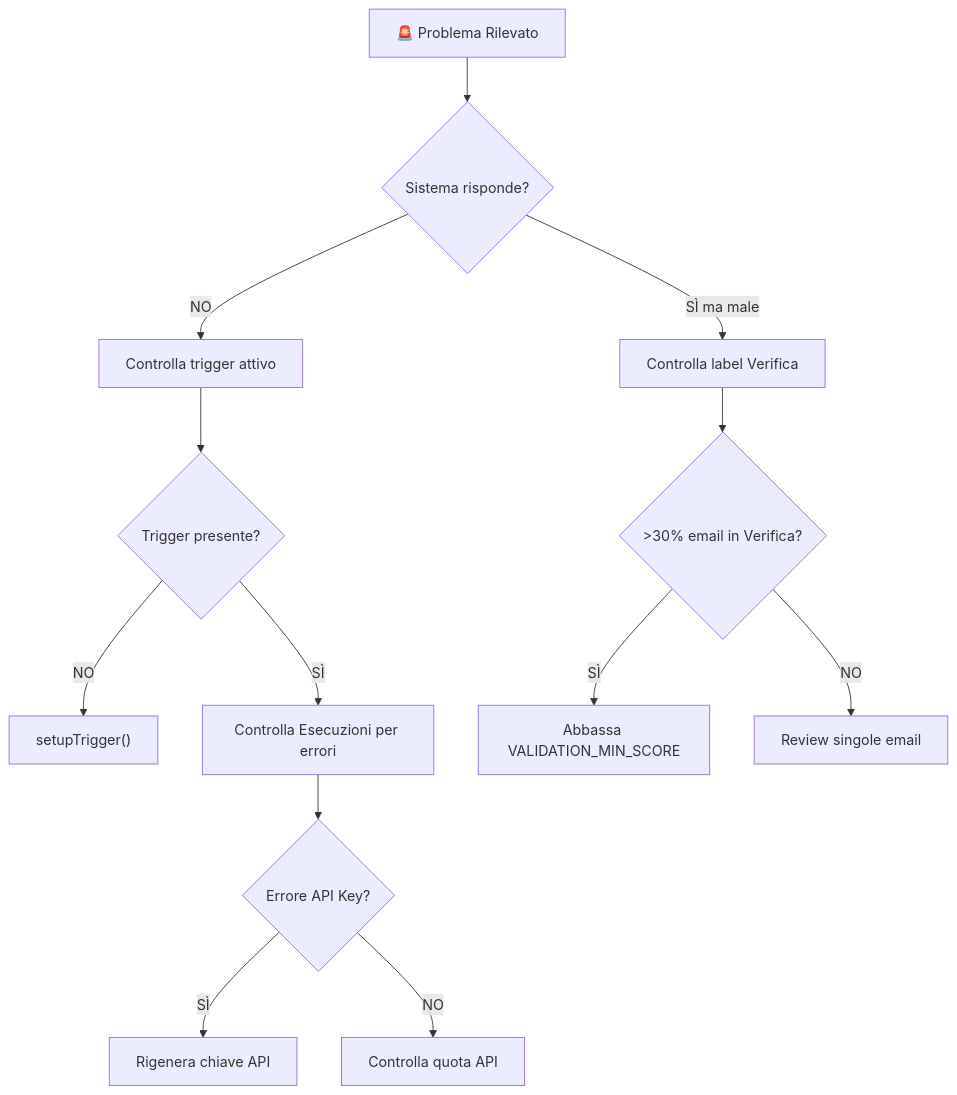
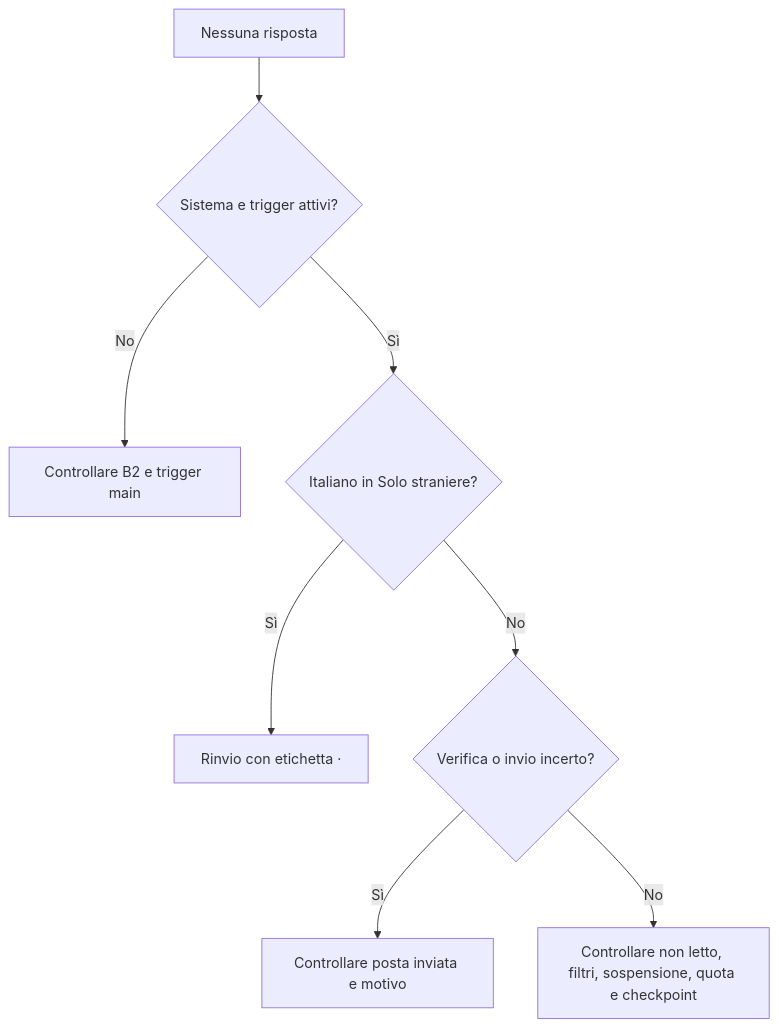
One commit to rasanfil-source/segreteria changed the diagram in docs/QUICK_DECISION_TREE_IT.md. Above: the diagram before and after it, drawn with Mermaid. The commit also changed other lines of this file and 82 other files, not shown here.

````diff
--- a/docs/QUICK_DECISION_TREE_IT.md
+++ b/docs/QUICK_DECISION_TREE_IT.md
@@ -11,15 +5,10 @@
 ```mermaid
-graph TD
-    A[🚨 Problema Rilevato] --> B{Sistema risponde?}
-    B -->|NO| C[Controlla trigger attivo]
-    B -->|SÌ ma male| D[Controlla label Verifica]
-    C --> E{Trigger presente?}
-    E -->|NO| F["setupTrigger()"]
-    E -->|SÌ| G[Controlla Esecuzioni per errori]
-    D --> H{">30% email in Verifica?"}
-    H -->|SÌ| I["Abbassa VALIDATION_MIN_SCORE"]
-    H -->|NO| J[Review singole email]
-    G --> K{Errore API Key?}
-    K -->|SÌ| L[Rigenera chiave API]
-    K -->|NO| M[Controlla quota API]
+flowchart TD
+ A[Nessuna risposta] --> B{Sistema e trigger attivi?}
+ B -->|No| C[Controllare B2 e trigger main]
+ B -->|Sì| D{Italiano in Solo straniere?}
+ D -->|Sì| E[Rinvio con etichetta ·]
+ D -->|No| F{Verifica o invio incerto?}
+ F -->|Sì| G[Controllare posta inviata e motivo]
+ F -->|No| H[Controllare non letto, filtri, sospensione, quota e checkpoint]
 ```
````
